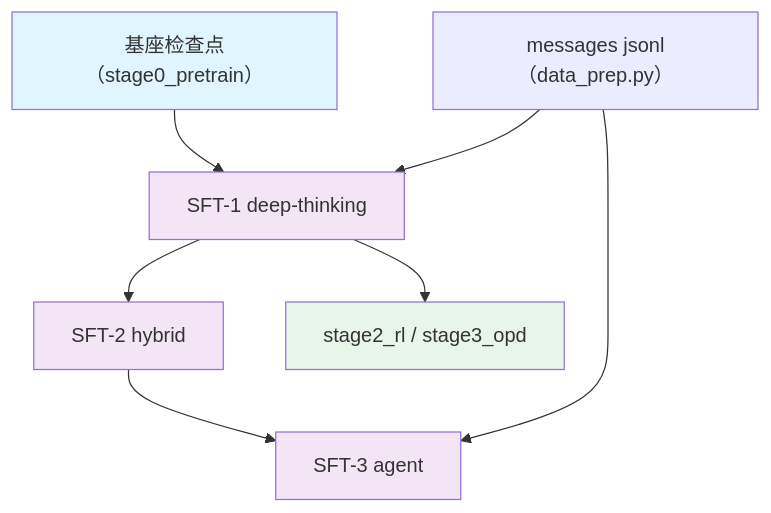
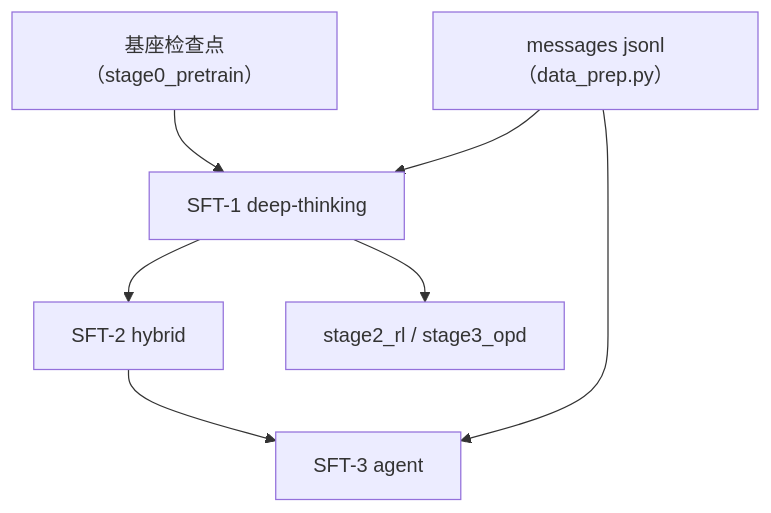
One commit to zongzhilou/shensi changed the diagram in src/shensi/recipes/paper/looma/stage1_sft/README.md. Above: the diagram before and after it, drawn with Mermaid. The commit also changed other lines of this file and 243 other files, not shown here.

````diff
--- a/src/shensi/recipes/paper/looma/stage1_sft/README.md
+++ b/src/shensi/recipes/paper/looma/stage1_sft/README.md
@@ -85,12 +85,7 @@
 ```mermaid
 flowchart TB
     base["基座检查点（stage0_pretrain）"] --> sft1["SFT-1 deep-thinking"] --> sft2["SFT-2 hybrid"] --> sft3["SFT-3 agent"]
     data["messages jsonl（data_prep.py）"] --> sft1
     data --> sft3
     sft1 --> next["stage2_rl / stage3_opd"]
-    style base fill:#e1f5fe
-    style sft1 fill:#f3e5f5
-    style sft2 fill:#f3e5f5
-    style sft3 fill:#f3e5f5
-    style next fill:#e8f5e9
 ```
````
